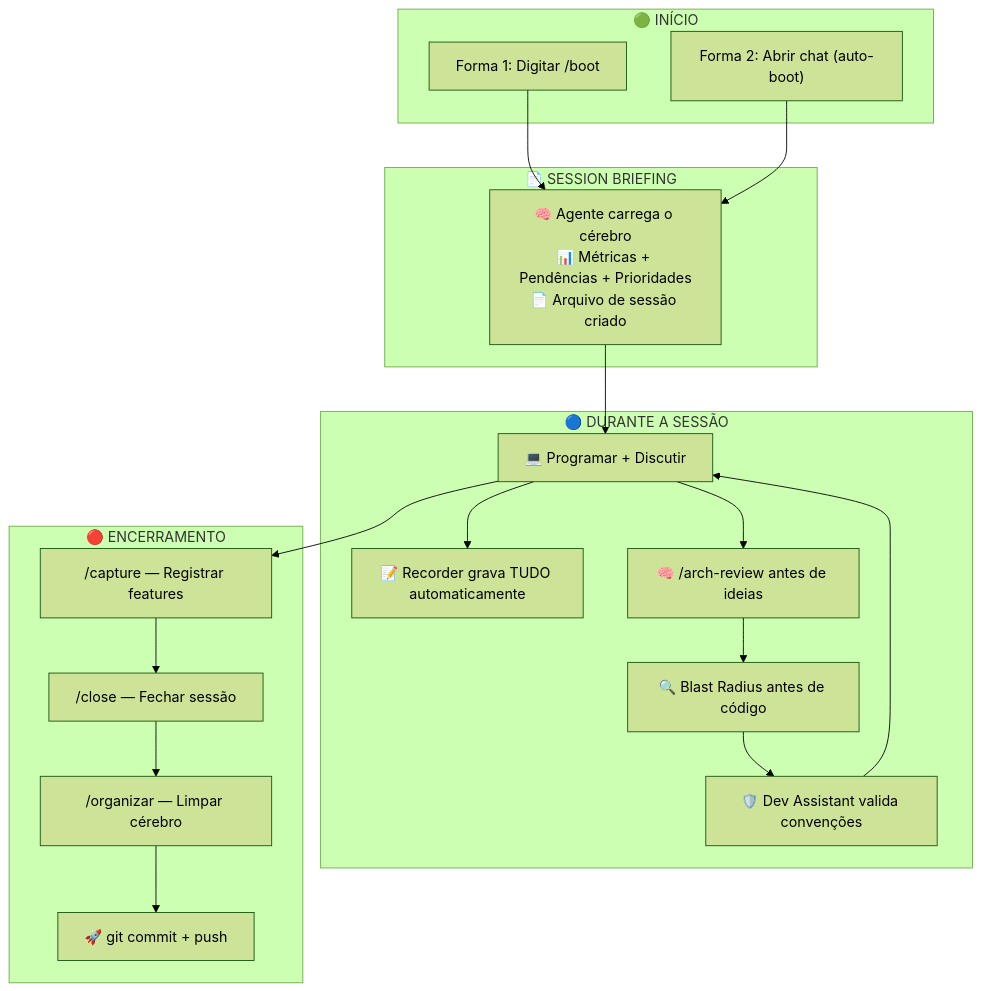
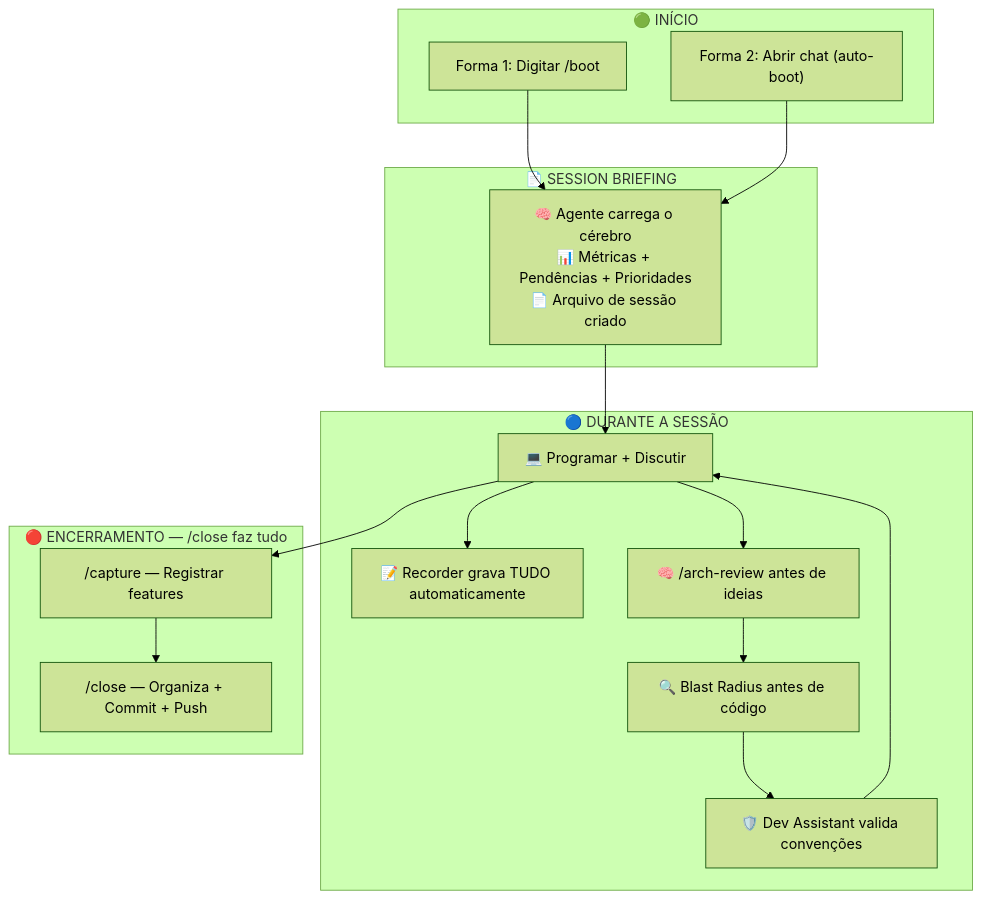
Before and after one commit to RyanAguiiarr/Tila_Brain: the diagram in 00-Index/GuiaUsoAgenteIDE.md, drawn with Mermaid (forest theme). The commit also changed other lines of this file and 6 other files, not shown here.

````diff
--- a/00-Index/GuiaUsoAgenteIDE.md
+++ b/00-Index/GuiaUsoAgenteIDE.md
@@ -186,39 +173,35 @@
 ```mermaid
 graph TD
     subgraph "🟢 INÍCIO"
         M1["Forma 1: Digitar /boot"]
         M2["Forma 2: Abrir chat (auto-boot)"]
     end
 
     subgraph "📄 SESSION BRIEFING"
         SB["🧠 Agente carrega o cérebro\n📊 Métricas + Pendências + Prioridades\n📄 Arquivo de sessão criado"]
     end
 
     subgraph "🔵 DURANTE A SESSÃO"
         W["💻 Programar + Discutir"]
         R["📝 Recorder grava TUDO automaticamente"]
         AR["🧠 /arch-review antes de ideias"]
         BR["🔍 Blast Radius antes de código"]
         DA["🛡️ Dev Assistant valida convenções"]
     end
 
-    subgraph "🔴 ENCERRAMENTO"
+    subgraph "🔴 ENCERRAMENTO — /close faz tudo"
         CAP["/capture — Registrar features"]
-        CL["/close — Fechar sessão"]
-        ORG["/organizar — Limpar cérebro"]
-        COM["🚀 git commit + push"]
+        CL["/close — Organiza + Commit + Push"]
     end
 
     M1 --> SB
     M2 --> SB
     SB --> W
     W --> R
     W --> AR
     AR --> BR
     BR --> DA
     DA --> W
     W --> CAP
     CAP --> CL
-    CL --> ORG
-    ORG --> COM
 ```
````
